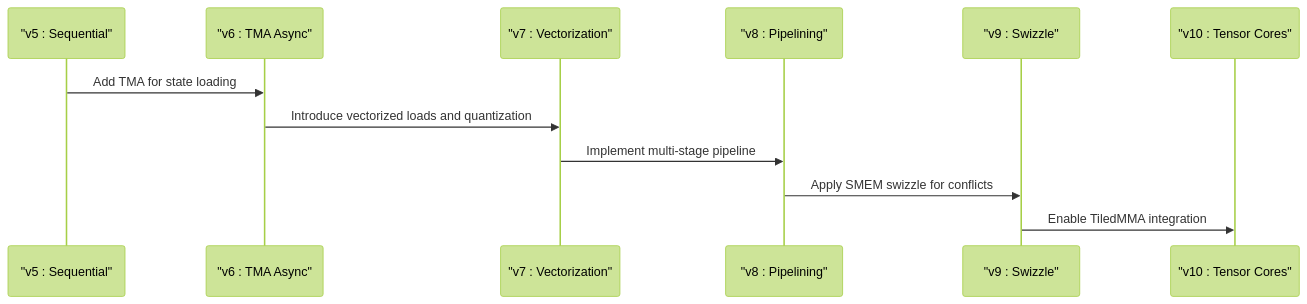
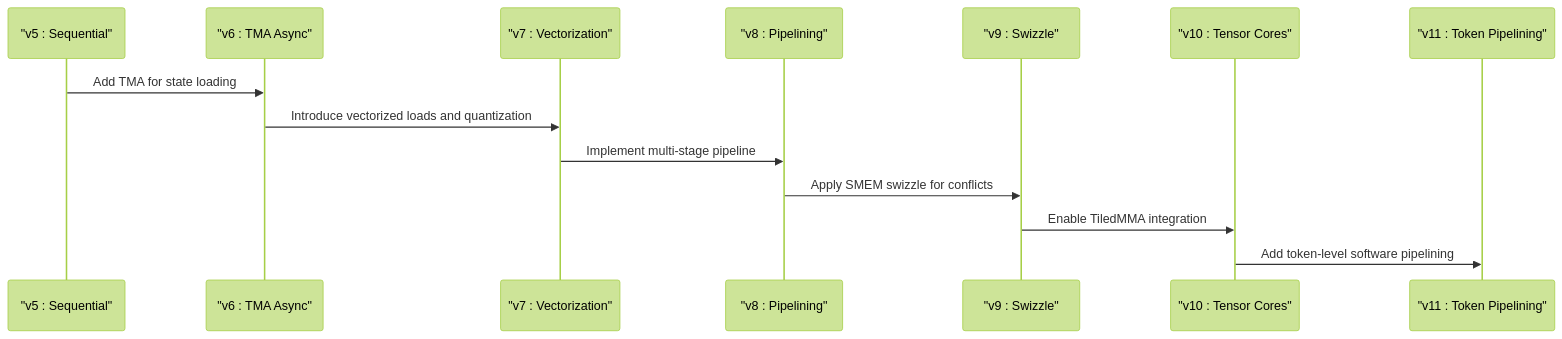
Before and after one commit to gugudeshubao/flashinfer-bench-tma-thrust: the third of 21 diagrams in .qoder/repowiki/en/content/GDN Prefill Kernel Optimization.md, drawn with Mermaid (forest theme). The commit also changed other lines of this file and 19 other files, not shown here.

````diff
--- a/.qoder/repowiki/en/content/GDN Prefill Kernel Optimization.md
+++ b/.qoder/repowiki/en/content/GDN Prefill Kernel Optimization.md
@@ -139,14 +166,16 @@
 ```mermaid
 sequenceDiagram
 participant V5 as "v5 : Sequential"
 participant V6 as "v6 : TMA Async"
 participant V7 as "v7 : Vectorization"
 participant V8 as "v8 : Pipelining"
 participant V9 as "v9 : Swizzle"
 participant V10 as "v10 : Tensor Cores"
+participant V11 as "v11 : Token Pipelining"
 V5->>V6 : Add TMA for state loading
 V6->>V7 : Introduce vectorized loads and quantization
 V7->>V8 : Implement multi-stage pipeline
 V8->>V9 : Apply SMEM swizzle for conflicts
 V9->>V10 : Enable TiledMMA integration
+V10->>V11 : Add token-level software pipelining
 ```
````
